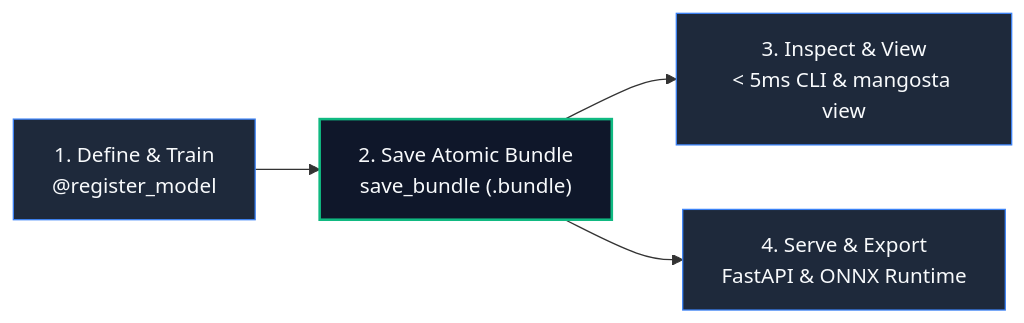
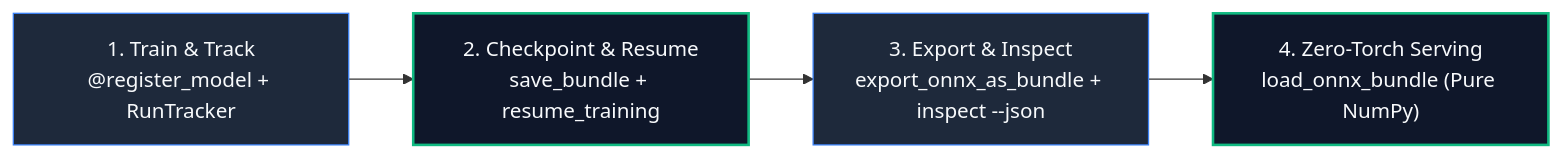
One commit to yeriel/mangosta changed the diagram in docs/content/index.md. Above: the diagram before and after it, drawn with Mermaid. The commit also changed other lines of this file and 10 other files, not shown here.

````diff
--- a/docs/content/index.md
+++ b/docs/content/index.md
@@ -12,10 +31,10 @@
 ```mermaid
 flowchart LR
-    A["1. Define & Train\n@register_model"] --> B["2. Save Atomic Bundle\nsave_bundle (.bundle)"]
-    B --> C["3. Inspect & View\n< 5ms CLI & mangosta view"]
-    B --> D["4. Serve & Export\nFastAPI & ONNX Runtime"]
+    A["1. Train & Track\n@register_model + RunTracker"] --> B["2. Checkpoint & Resume\nsave_bundle + resume_training"]
+    B --> C["3. Export & Inspect\nexport_onnx_as_bundle + inspect --json"]
+    C --> D["4. Zero-Torch Serving\nload_onnx_bundle (Pure NumPy)"]
 
     classDef default fill:#1e293b,stroke:#3b82f6,stroke-width:1px,color:#f8fafc;
     classDef highlight fill:#0f172a,stroke:#10b981,stroke-width:2px,color:#f8fafc;
-    class B highlight;
+    class B,D highlight;
 ```
````
